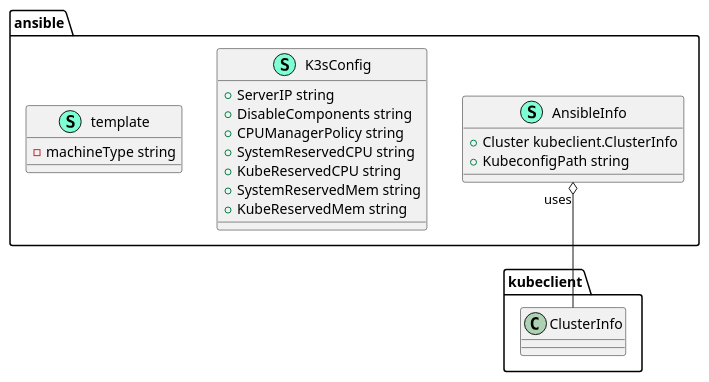
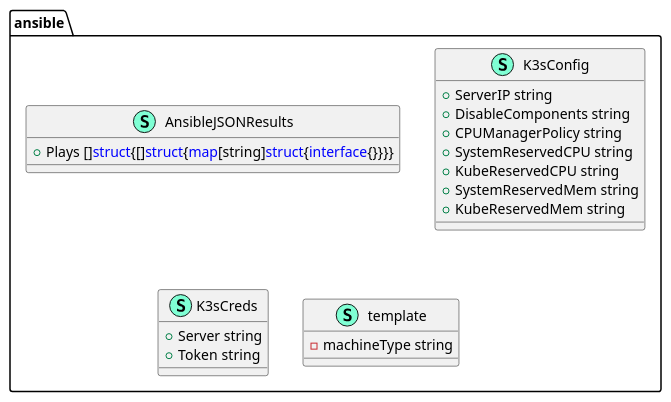
The diagram in docs/puml/ansible.puml (motangpuar/o2-ims-worker), drawn with PlantUML before and after one commit. The commit also changed 17 other files, not shown here.

First line of the commit message:
Finalize Cluster Struct

```diff
--- a/docs/puml/ansible.puml
+++ b/docs/puml/ansible.puml
@@ -1,29 +1,32 @@
 @startuml
 top to bottom direction
 namespace ansible {
-    class "AnsibleInfo" << (S,Aquamarine) >> {
-        + Cluster kubeclient.ClusterInfo
-        + KubeconfigPath string
+    class "AnsibleJSONResults" << (S,Aquamarine) >> {
+        + Plays []<font color=blue>struct</font>{[]<font color=blue>struct</font>{<font color=blue>map</font>[string]<font color=blue>struct</font>{<font color=blue>interface</font>{}}}}
 
     }
     class "K3sConfig" << (S,Aquamarine) >> {
         + ServerIP string
         + DisableComponents string
         + CPUManagerPolicy string
         + SystemReservedCPU string
         + KubeReservedCPU string
         + SystemReservedMem string
         + KubeReservedMem string
 
     }
+    class "K3sCreds" << (S,Aquamarine) >> {
+        + Server string
+        + Token string
+
+    }
     class "template" << (S,Aquamarine) >> {
         - machineType string
 
     }
 }
 
 
-"ansible.AnsibleInfo""uses" o-- "kubeclient.ClusterInfo"
 
 
 @enduml
```
